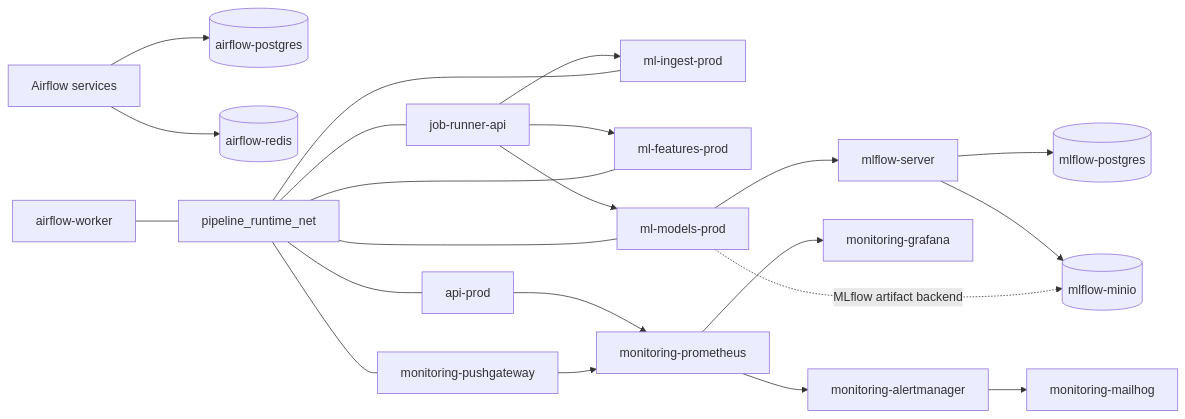
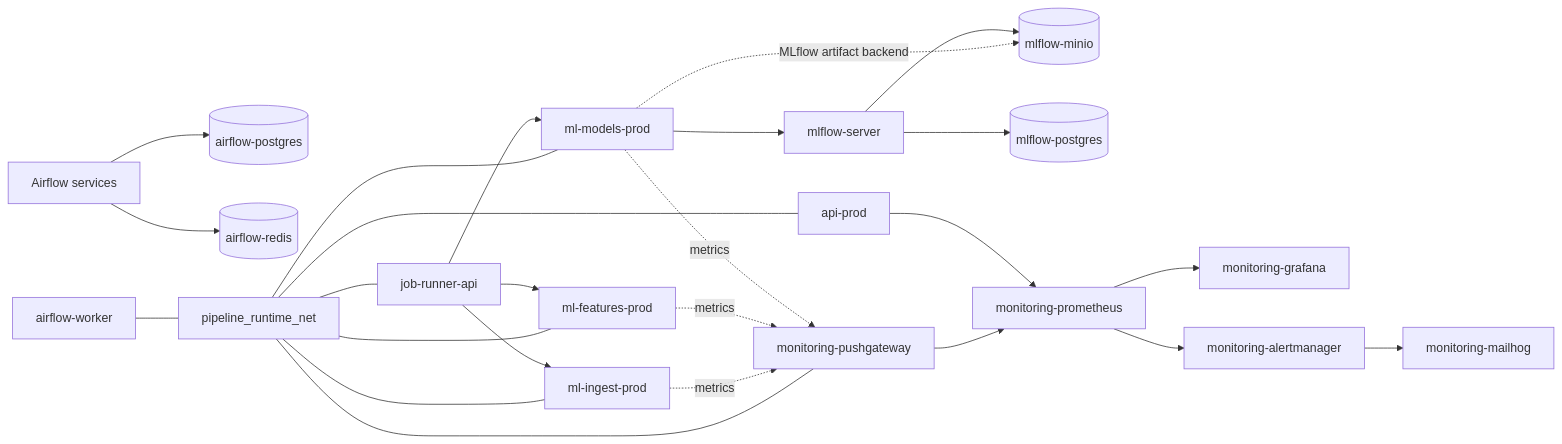
Before and after one commit to zheddhe/avr25-mle-trafic-cycliste: the diagram in docs/architecture-references/local-prod-network-topology.md, drawn with Mermaid. The commit also changed other lines of this file, not shown here.

````diff
--- a/docs/architecture-references/local-prod-network-topology.md
+++ b/docs/architecture-references/local-prod-network-topology.md
@@ -126,27 +109,30 @@
 ```mermaid
 flowchart LR
     airflow[Airflow services] --> airflow_db[(airflow-postgres)]
     airflow --> airflow_redis[(airflow-redis)]
     airflow_worker[airflow-worker] --- pipeline[pipeline_runtime_net]
 
     pipeline --- runner[job-runner-api]
     pipeline --- api[api-prod]
     pipeline --- ingest[ml-ingest-prod]
     pipeline --- features[ml-features-prod]
     pipeline --- models[ml-models-prod]
     pipeline --- pushgateway[monitoring-pushgateway]
 
     runner --> ingest
     runner --> features
     runner --> models
+    ingest -. metrics .-> pushgateway
+    features -. metrics .-> pushgateway
+    models -. metrics .-> pushgateway
     models --> mlflow[mlflow-server]
     models -. MLflow artifact backend .-> minio[(mlflow-minio)]
     mlflow --> mlflow_db[(mlflow-postgres)]
     mlflow --> minio
 
     pushgateway --> prometheus[monitoring-prometheus]
     api --> prometheus
     prometheus --> grafana[monitoring-grafana]
     prometheus --> alertmanager[monitoring-alertmanager]
     alertmanager --> mailhog[monitoring-mailhog]
 ```
````
